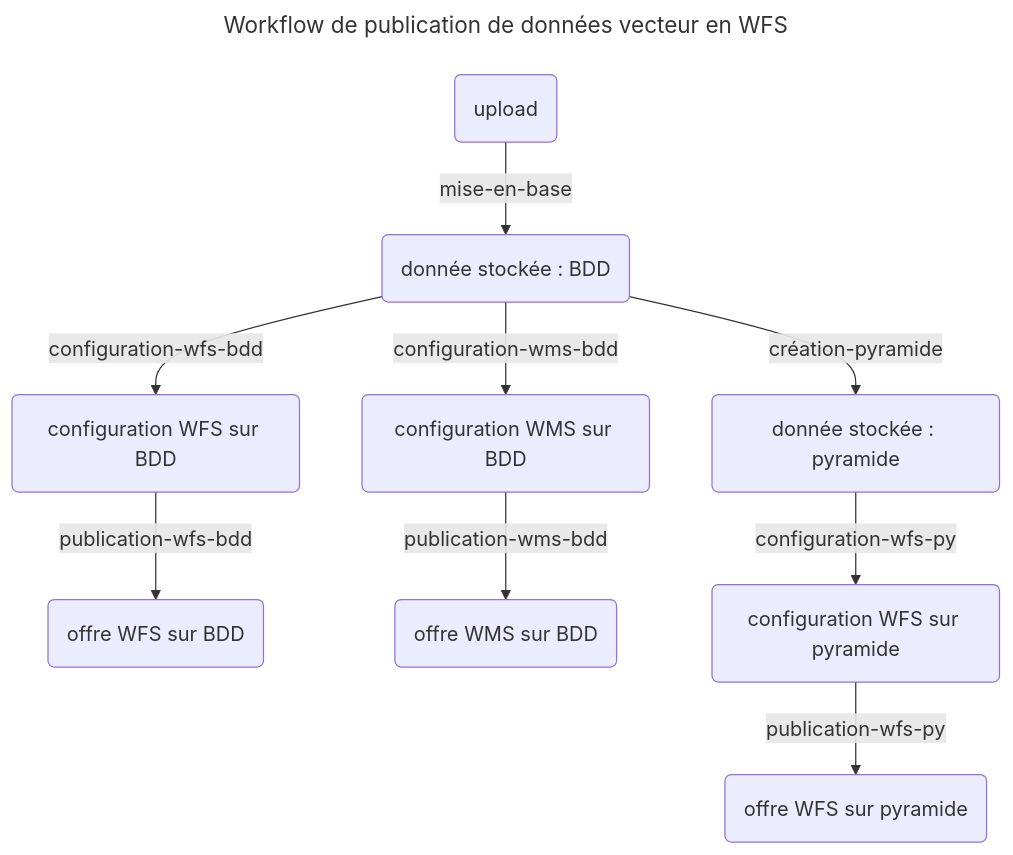
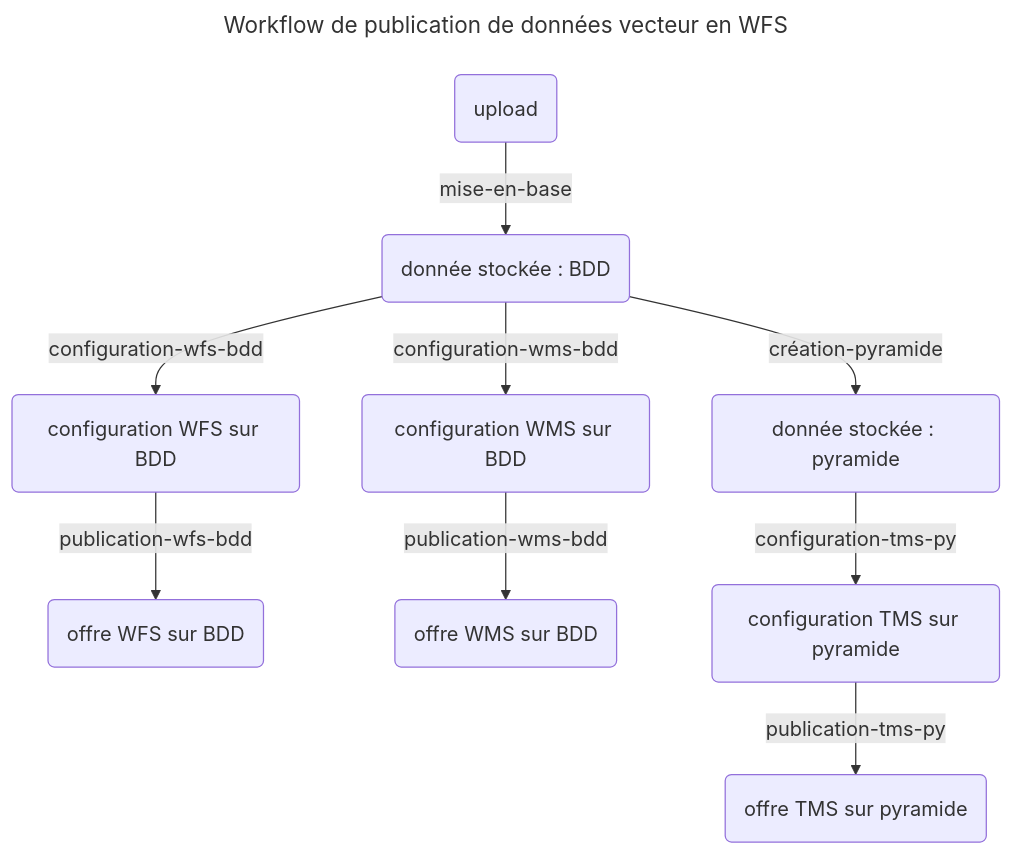
The diagram in docs/tutoriel_2_flux_vecteur.md (ignf-sidc/ignf-gpf-api), drawn with Mermaid before and after one commit. The commit also changed other lines of this file and 1 other file, not shown here.

Commit message:
tuto2: bon nommage du flux tms

````diff
--- a/docs/tutoriel_2_flux_vecteur.md
+++ b/docs/tutoriel_2_flux_vecteur.md
@@ -82,15 +82,15 @@
 ```mermaid
 ---
 title: Workflow de publication de données vecteur en WFS
 ---
 %% doc mermaid ici https://mermaid-js.github.io/mermaid/#/flowchart?id=flowcharts-basic-syntax
 flowchart TD
     A("upload") -->|mise-en-base| B("donnée stockée : BDD")
     B -->|configuration-wfs-bdd| C1("configuration WFS sur BDD")
     C1 -->|publication-wfs-bdd| D1("offre WFS sur BDD")
     B -->|configuration-wms-bdd| C2("configuration WMS sur BDD")
     C2 -->|publication-wms-bdd| D2("offre WMS sur BDD")
     B -->|création-pyramide| C3(donnée stockée : pyramide)
-    C3 -->|configuration-wfs-py| D3(configuration WFS sur pyramide)
-    D3 -->|publication-wfs-py| E3(offre  WFS sur pyramide)
+    C3 -->|configuration-tms-py| D3(configuration TMS sur pyramide)
+    D3 -->|publication-tms-py| E3(offre  TMS sur pyramide)
 ```
````
